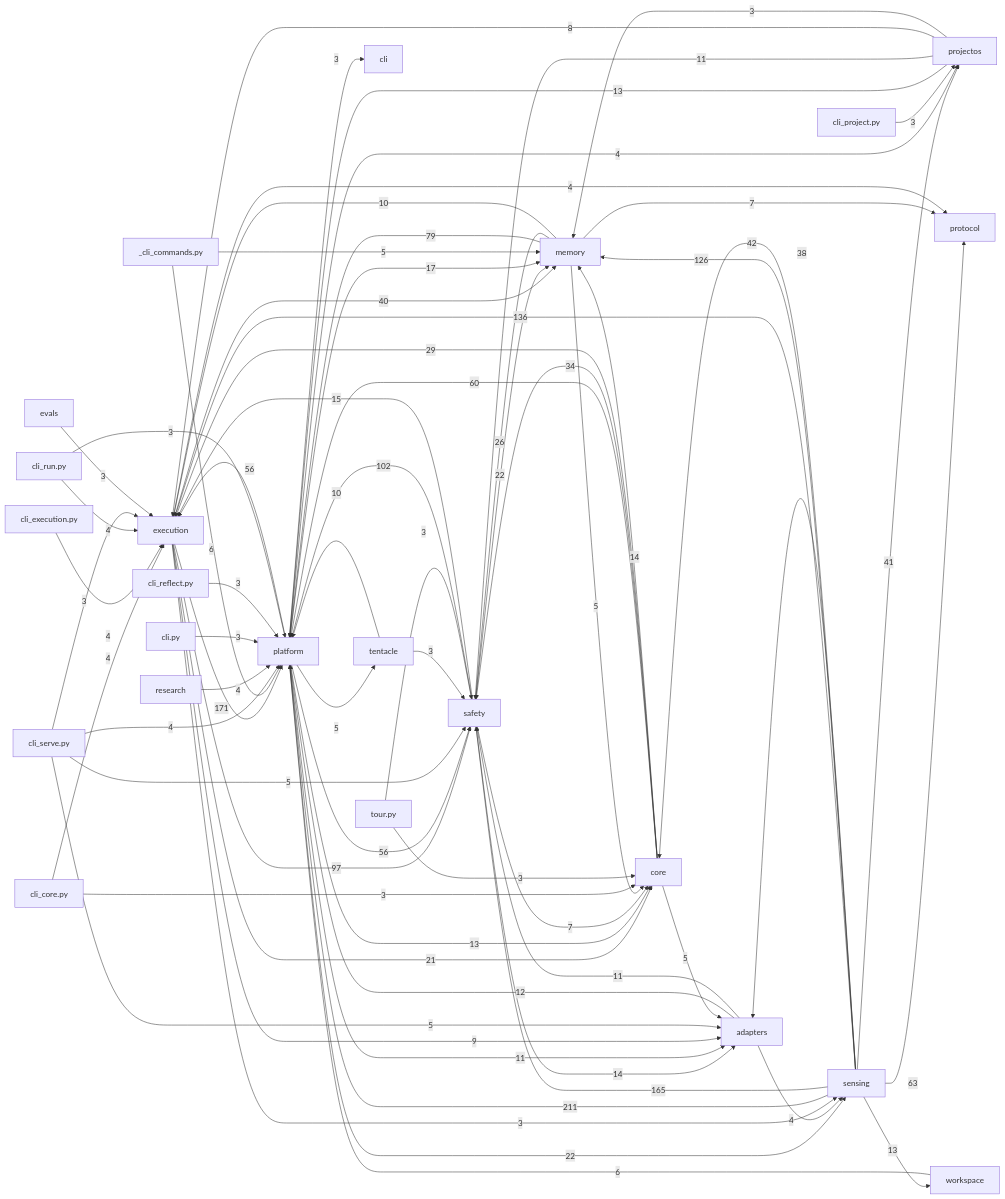
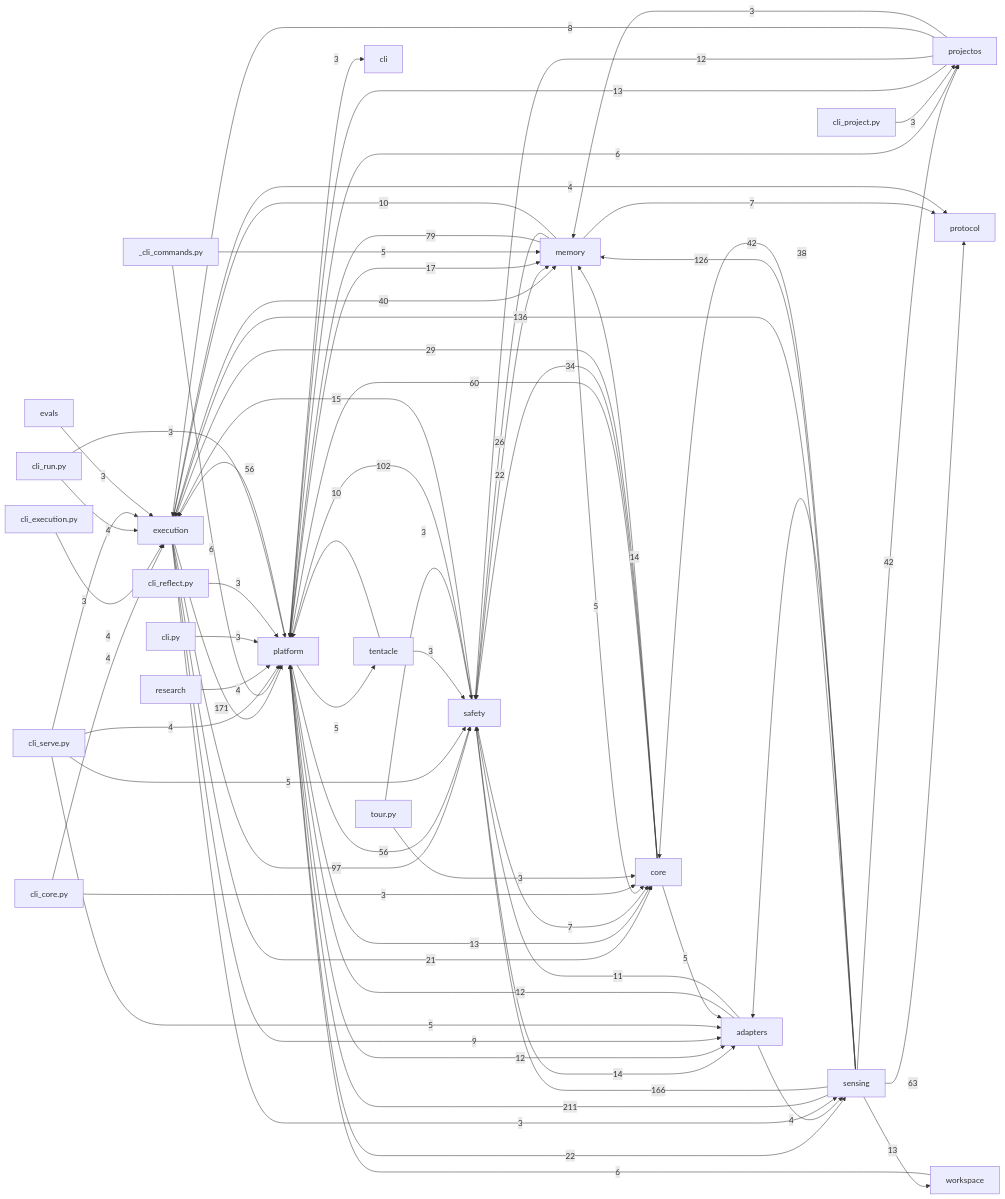
Before and after one commit to dengdenghua/echo-ai: the diagram in docs/auto/20-backend/index.md, drawn with Mermaid. The commit also changed 30 other files, not shown here.

````diff
--- a/docs/auto/20-backend/index.md
+++ b/docs/auto/20-backend/index.md
@@ -26,78 +26,78 @@
 ```mermaid
 graph LR
   execution[execution]
   core[core]
   safety[safety]
   memory[memory]
   sensing[sensing]
   adapters[adapters]
   platform[platform]
   sensing -- 211 --> platform
   execution -- 171 --> platform
-  sensing -- 165 --> safety
+  sensing -- 166 --> safety
   sensing -- 136 --> execution
   sensing -- 126 --> memory
   safety -- 102 --> platform
   execution -- 97 --> safety
   memory -- 79 --> platform
   sensing -- 63 --> protocol
   core -- 60 --> platform
   platform -- 56 --> execution
   platform -- 56 --> safety
   sensing -- 42 --> core
-  sensing -- 41 --> projectos
+  sensing -- 42 --> projectos
   execution -- 40 --> memory
   sensing -- 38 --> adapters
   core -- 34 --> safety
   core -- 29 --> execution
   memory -- 26 --> safety
   platform -- 22 --> sensing
   safety -- 22 --> memory
   execution -- 21 --> core
   platform -- 17 --> memory
   safety -- 15 --> execution
   core -- 14 --> memory
   safety -- 14 --> adapters
   platform -- 13 --> core
   projectos -- 13 --> platform
   sensing -- 13 --> workspace
   adapters -- 12 --> platform
+  platform -- 12 --> adapters
+  projectos -- 12 --> safety
   adapters -- 11 --> safety
-  platform -- 11 --> adapters
-  projectos -- 11 --> safety
   memory -- 10 --> execution
   tentacle -- 10 --> platform
   execution -- 9 --> adapters
   projectos -- 8 --> execution
   memory -- 7 --> protocol
   safety -- 7 --> core
   _cli_commands.py -- 6 --> platform
+  platform -- 6 --> projectos
   workspace -- 6 --> platform
   _cli_commands.py -- 5 --> memory
   cli_serve.py -- 5 --> adapters
   cli_serve.py -- 5 --> safety
   core -- 5 --> adapters
   memory -- 5 --> core
   platform -- 5 --> tentacle
   adapters -- 4 --> sensing
   cli_core.py -- 4 --> execution
   cli_execution.py -- 4 --> execution
   cli_run.py -- 4 --> execution
   cli_serve.py -- 4 --> platform
   execution -- 4 --> protocol
-  platform -- 4 --> projectos
   research -- 4 --> platform
   cli.py -- 3 --> platform
   cli_core.py -- 3 --> core
   cli_project.py -- 3 --> projectos
   cli_reflect.py -- 3 --> platform
   cli_run.py -- 3 --> platform
   cli_serve.py -- 3 --> execution
   evals -- 3 --> execution
   execution -- 3 --> sensing
   platform -- 3 --> cli
   projectos -- 3 --> memory
   tentacle -- 3 --> safety
   tour.py -- 3 --> core
   tour.py -- 3 --> safety
 ```
````
